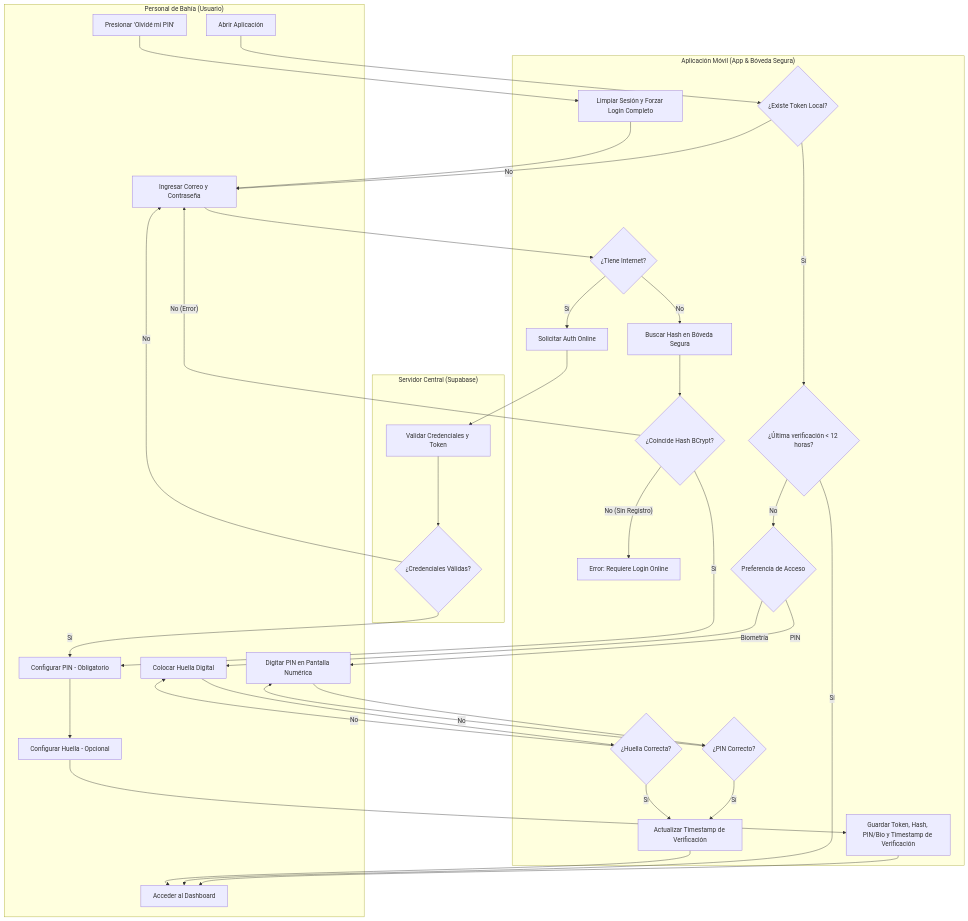
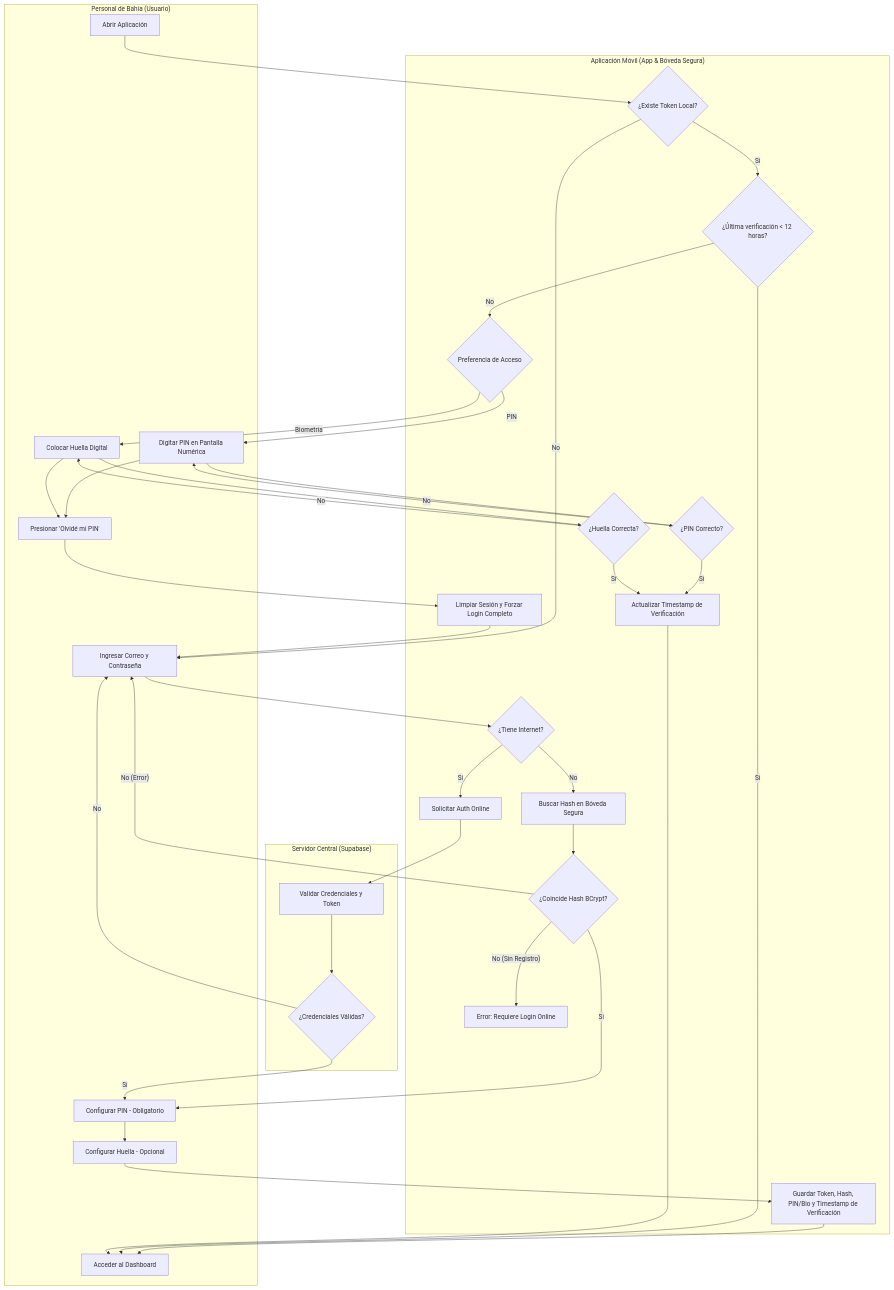
The first of 2 diagrams in docs/brismar_brain/flujos/FLUJO_01_AUTENTICACION.md (brismarinatracker-corporation/Brismar), drawn with Mermaid before and after one commit. The commit also changed 9 other files, not shown here.

Commit message:
docs(bpmn): agregar y actualizar diagramas de arquitectura y flujos

````diff
--- a/docs/brismar_brain/flujos/FLUJO_01_AUTENTICACION.md
+++ b/docs/brismar_brain/flujos/FLUJO_01_AUTENTICACION.md
@@ -13,65 +13,67 @@
 ```mermaid
 graph TB
     subgraph Bahia ["Personal de Bahía (Usuario)"]
         A[Abrir Aplicación]
         InputFull[Ingresar Correo y Contraseña]
         SetupPIN[Configurar PIN - Obligatorio]
         SetupBio[Configurar Huella - Opcional]
         InputPIN[Digitar PIN en Pantalla Numérica]
         ProvideBio[Colocar Huella Digital]
         ClickForgotPIN[Presionar 'Olvidé mi PIN']
         Dashboard[Acceder al Dashboard]
     end
 
     subgraph AppMobile ["Aplicación Móvil (App & Bóveda Segura)"]
         A --> CheckSession{¿Existe Token Local?}
         
         %% RUTA A: LOGIN INICIAL COMPLETO (No existe Token)
         CheckSession -- No --> InputFull
         InputFull --> CheckNetwork{¿Tiene Internet?}
         
         %% Validaciones de Login Inicial
         CheckNetwork -- Sí --> OnlineAuth[Solicitar Auth Online]
         CheckNetwork -- No --> OfflineAuth[Buscar Hash en Bóveda Segura]
         
         OfflineAuth --> CheckHash{¿Coincide Hash BCrypt?}
         CheckHash -- Sí --> SetupPIN
         CheckHash -- No (Error) --> InputFull
         CheckHash -- No (Sin Registro) --> FailNoCache[Error: Requiere Login Online]
         
         %% Configuración de Acceso Rápido tras Login Exitoso
         SetupPIN --> SetupBio
         SetupBio --> SaveSession[Guardar Token, Hash, PIN/Bio y Timestamp de Verificación]
         SaveSession --> Dashboard
         
         %% RUTA B: ACCESO RÁPIDO DIARIO (Sí existe Token)
         CheckSession -- Sí --> CheckGrace{¿Última verificación < 12 horas?}
         CheckGrace -- Sí --> Dashboard
         CheckGrace -- No --> CheckQuickPref{Preferencia de Acceso}
         
         %% Flujo de Re-verificación
         CheckQuickPref -- PIN --> InputPIN
         CheckQuickPref -- Biometría --> ProvideBio
         
         %% Validaciones de PIN / Biometría
         InputPIN --> CheckPIN{¿PIN Correcto?}
         CheckPIN -- Sí --> UpdateTimestamp[Actualizar Timestamp de Verificación]
         CheckPIN -- No --> InputPIN
         
         ProvideBio --> CheckBio{¿Huella Correcta?}
         CheckBio -- Sí --> UpdateTimestamp
         CheckBio -- No --> ProvideBio
         
         %% Rutas de Escape / Recuperación
+        InputPIN --> ClickForgotPIN
+        ProvideBio --> ClickForgotPIN
         ClickForgotPIN --> ClearSession[Limpiar Sesión y Forzar Login Completo]
         ClearSession --> InputFull
         UpdateTimestamp --> Dashboard
     end
 
     subgraph Supabase ["Servidor Central (Supabase)"]
         OnlineAuth --> SupabaseVerify[Validar Credenciales y Token]
         SupabaseVerify --> CheckCredentials{¿Credenciales Válidas?}
         CheckCredentials -- Sí --> SetupPIN
         CheckCredentials -- No --> InputFull
     end
 ```
````
